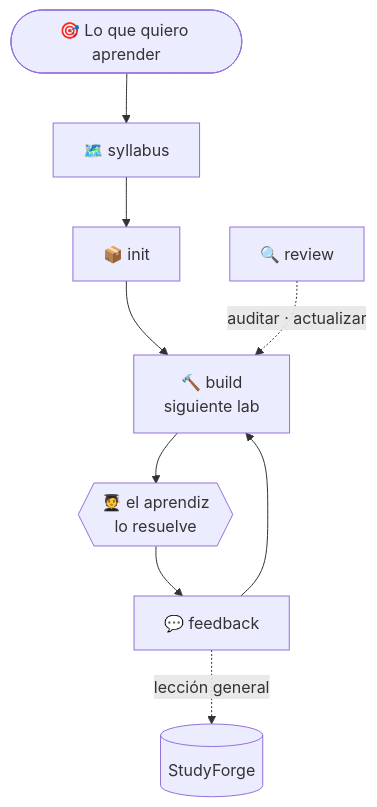
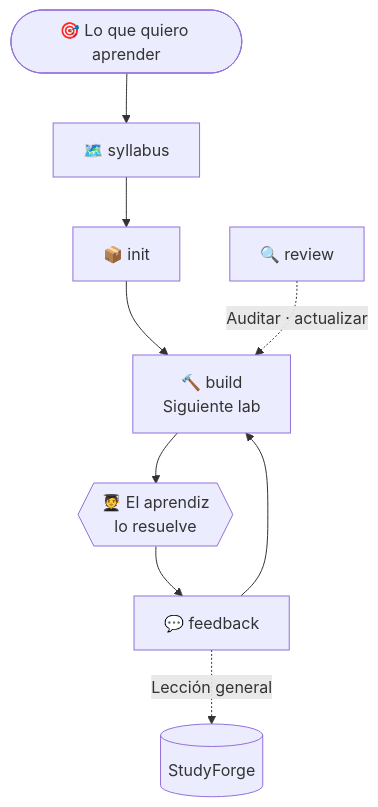
The diagram in README.es.md (Chamba-Lab/studyforge), drawn with Mermaid before and after one commit. The commit also changed 6 other files, not shown here.

Commit message:
fix(skill): require capitalized diagram labels and a proofreading pass (#6)

````diff
--- a/README.es.md
+++ b/README.es.md
@@ -32,11 +32,11 @@
 ```mermaid
 flowchart TB
     G([🎯 Lo que quiero aprender]) --> S[🗺️ syllabus]
     S --> I[📦 init]
-    I --> B[🔨 build<br/>siguiente lab]
-    B --> L{{🧑‍🎓 el aprendiz<br/>lo resuelve}}
+    I --> B[🔨 build<br/>Siguiente lab]
+    B --> L{{🧑‍🎓 El aprendiz<br/>lo resuelve}}
     L --> F[💬 feedback]
     F --> B
-    F -. lección general .-> U[(StudyForge)]
-    R[🔍 review] -. auditar · actualizar .-> B
+    F -. Lección general .-> U[(StudyForge)]
+    R[🔍 review] -. Auditar · actualizar .-> B
 ```
````
